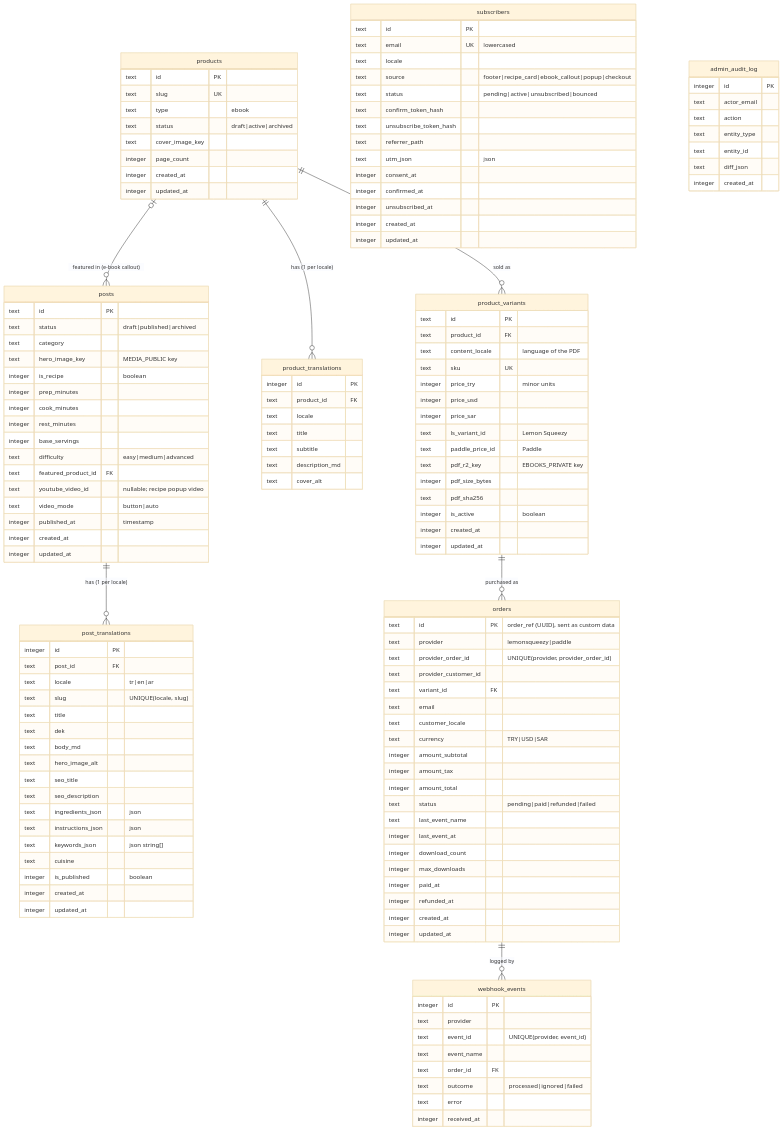
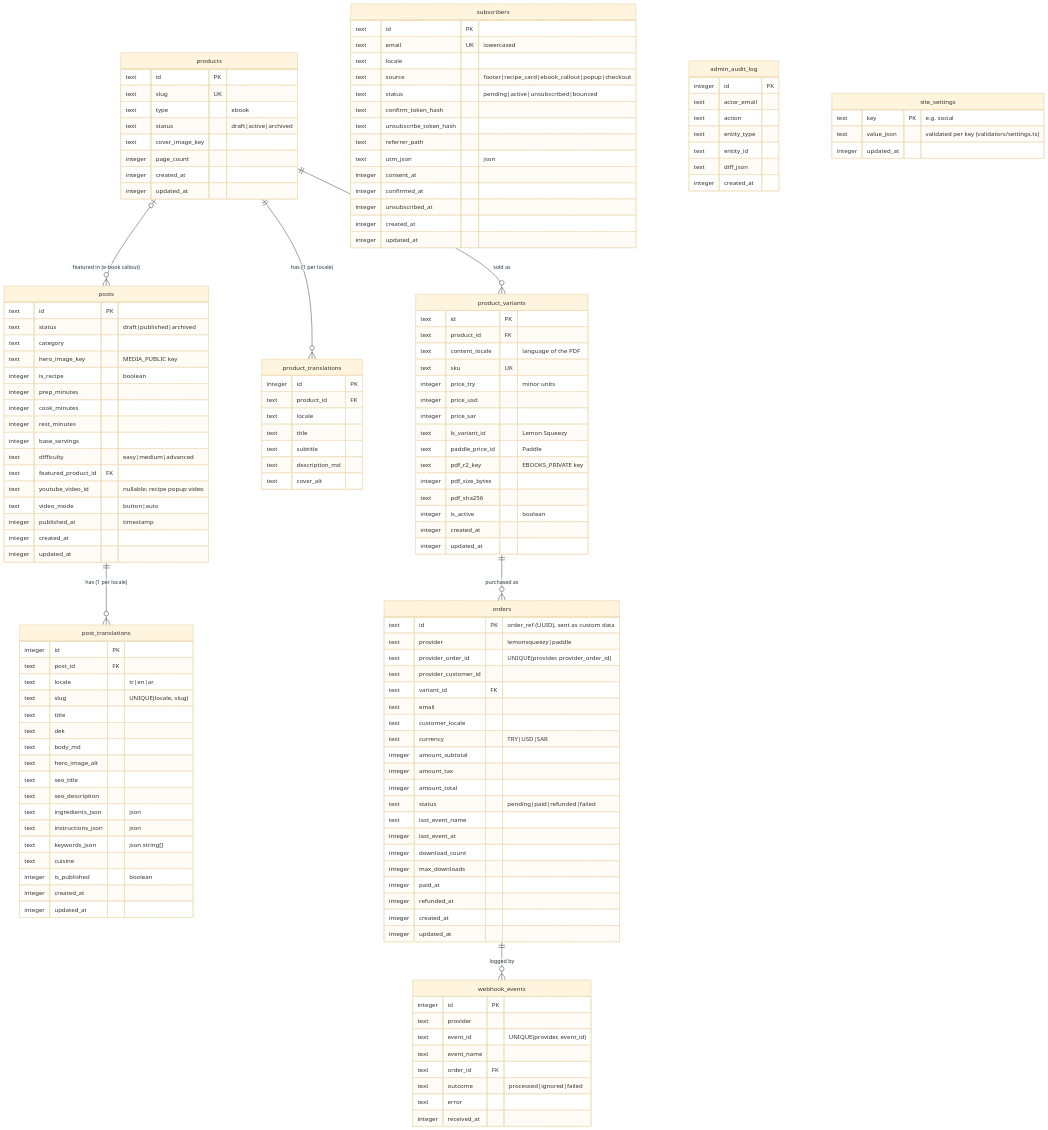
Before and after one commit to adnaanyilmaz/naif-mutfak: the diagram in docs/architecture/database.md, drawn with Mermaid (base theme). The commit also changed other lines of this file and 28 other files, not shown here.

First line of the commit message:
feat(social): admin-managed social links in footer and Organization JSON-LD

````diff
--- a/docs/architecture/database.md
+++ b/docs/architecture/database.md
@@ -157,4 +157,9 @@
     text diff_json
     integer created_at
   }
+  site_settings {
+    text key PK "e.g. social"
+    text value_json "validated per key (validators/settings.ts)"
+    integer updated_at
+  }
 ```
````
